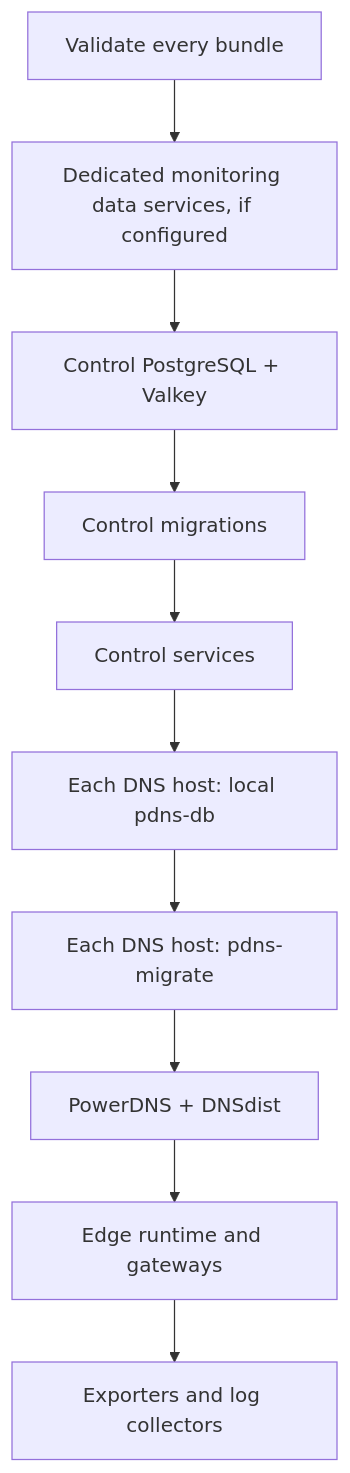
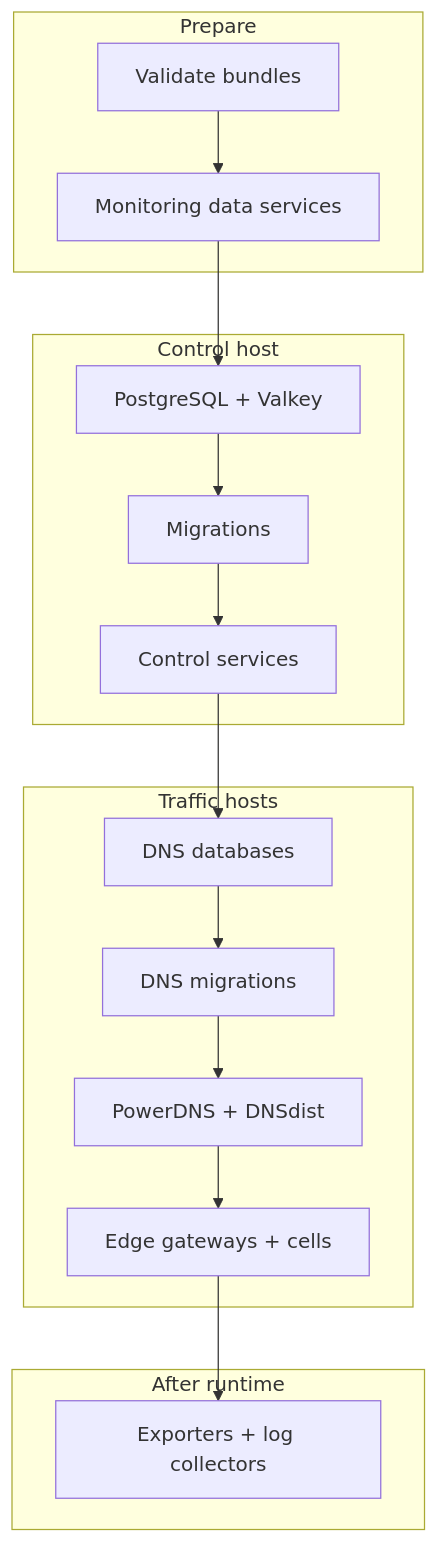
The sixth of 7 diagrams in docs/deployment/production-fleet.md (vaheed/CDNFoundry), drawn with Mermaid before and after one commit. The commit also changed other lines of this file and 24 other files, not shown here.

````diff
--- a/docs/deployment/production-fleet.md
+++ b/docs/deployment/production-fleet.md
@@ -128,12 +151,16 @@
 ```mermaid
 flowchart TD
-    V[Validate every bundle] --> M[Dedicated monitoring data services, if configured]
-    M --> CDB[Control PostgreSQL + Valkey]
-    CDB --> CM[Control migrations]
-    CM --> CS[Control services]
-    CS --> DDB[Each DNS host: local pdns-db]
-    DDB --> DM[Each DNS host: pdns-migrate]
-    DM --> DS[PowerDNS + DNSdist]
-    DS --> ES[Edge runtime and gateways]
-    ES --> O[Exporters and log collectors]
+    subgraph Prepare["Prepare"]
+      V["Validate bundles"] --> M["Monitoring data services"]
+    end
+    subgraph Control["Control host"]
+      M --> CDB["PostgreSQL + Valkey"] --> CM["Migrations"] --> CS["Control services"]
+    end
+    subgraph Runtime["Traffic hosts"]
+      CS --> DDB["DNS databases"] --> DM["DNS migrations"] --> DS["PowerDNS + DNSdist"]
+      DS --> ES["Edge gateways + cells"]
+    end
+    subgraph Observe["After runtime"]
+      ES --> O["Exporters + log collectors"]
+    end
 ```
````
